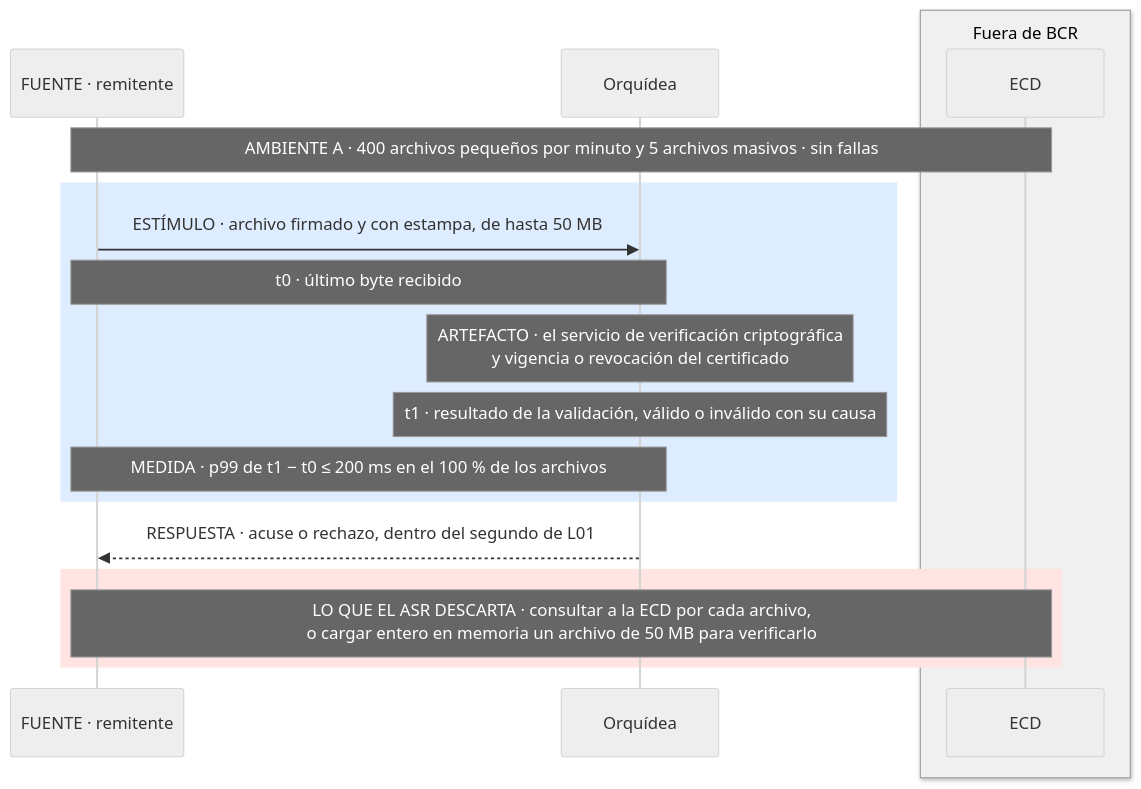
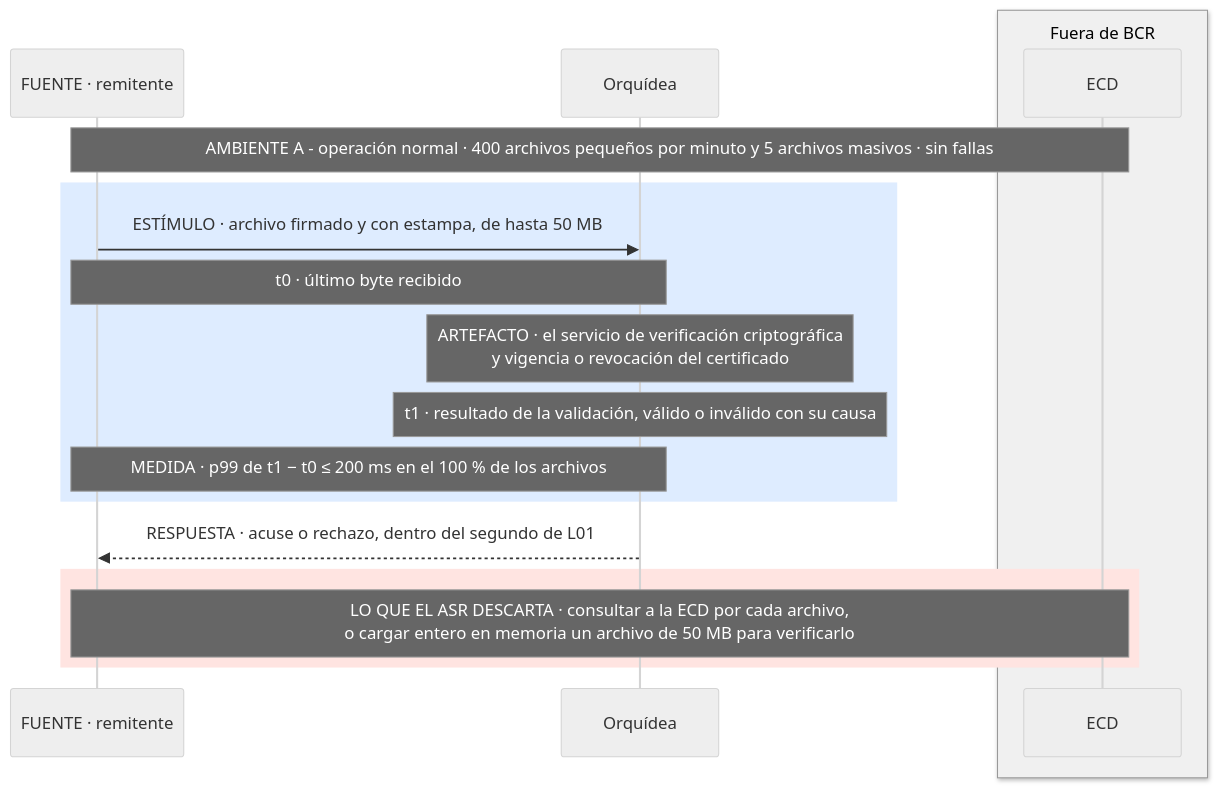
The fifth of 17 diagrams in docs/quality-attributes.md (MATI-MBIT/arqsoft-reto-4), drawn with Mermaid (neutral theme) before and after one commit. The commit also changed other lines of this file and 6 other files, not shown here.

````diff
--- a/docs/quality-attributes.md
+++ b/docs/quality-attributes.md
@@ -327,20 +327,20 @@
 ```mermaid
 sequenceDiagram
     participant R as FUENTE · remitente
     participant O as Orquídea
     box rgb(240,240,240) Fuera de BCR
     participant E as ECD
     end
-    Note over R,E: AMBIENTE A · 400 archivos pequeños por minuto y 5 archivos masivos · sin fallas
+    Note over R,E: AMBIENTE A - operación normal · 400 archivos pequeños por minuto y 5 archivos masivos · sin fallas
     rect rgb(222, 236, 255)
     R->>O: ESTÍMULO · archivo firmado y con estampa, de hasta 50 MB
     Note over R,O: t0 · último byte recibido
     Note over O: ARTEFACTO · el servicio de verificación criptográfica<br/>y vigencia o revocación del certificado
     Note over O: t1 · resultado de la validación, válido o inválido con su causa
     Note over R,O: MEDIDA · p99 de t1 − t0 ≤ 200 ms en el 100 % de los archivos
     end
     O-->>R: RESPUESTA · acuse o rechazo, dentro del segundo de L01
     rect rgb(255, 228, 225)
     Note over R,E: LO QUE EL ASR DESCARTA · consultar a la ECD por cada archivo,<br/>o cargar entero en memoria un archivo de 50 MB para verificarlo
     end
 ```
````
